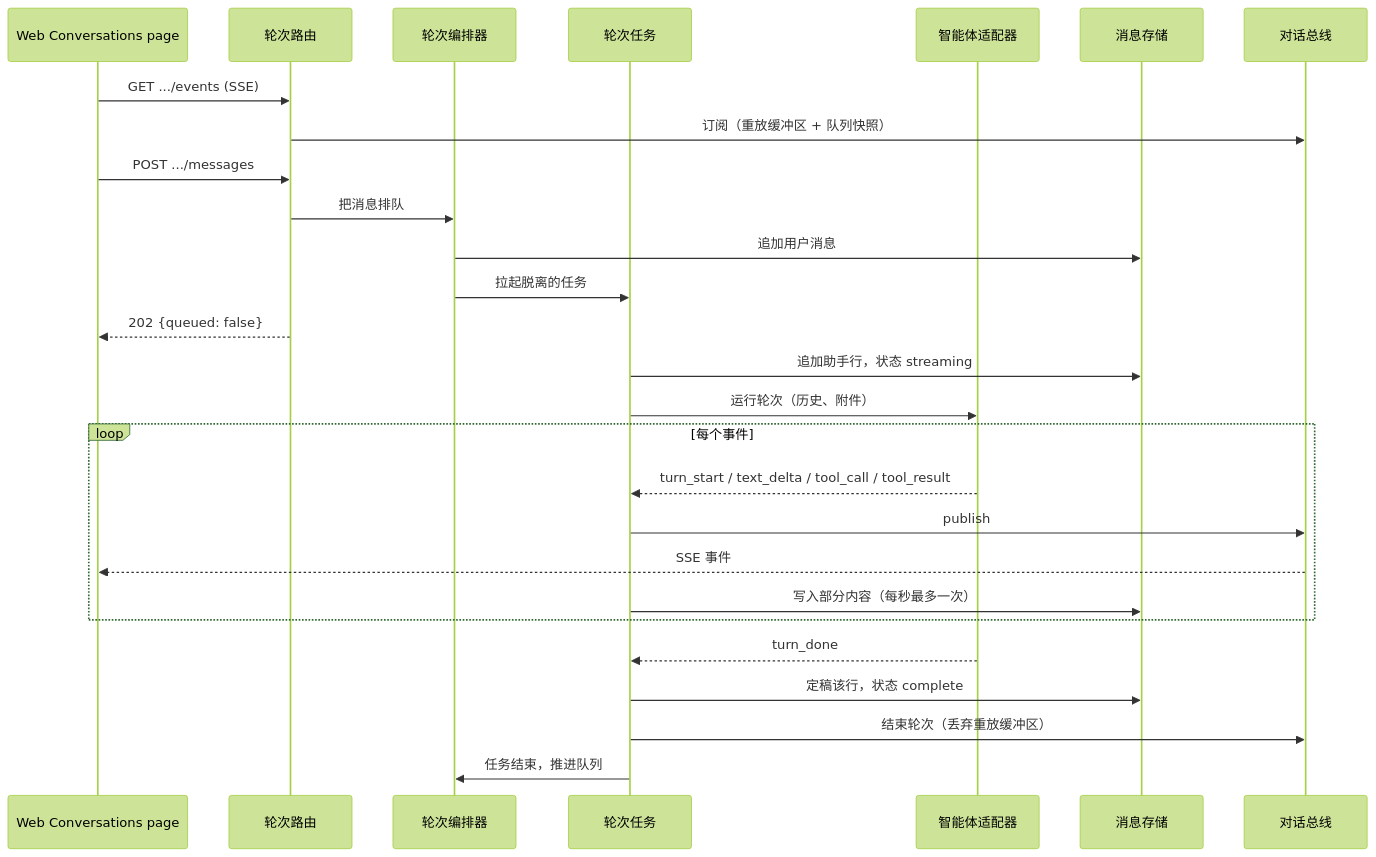
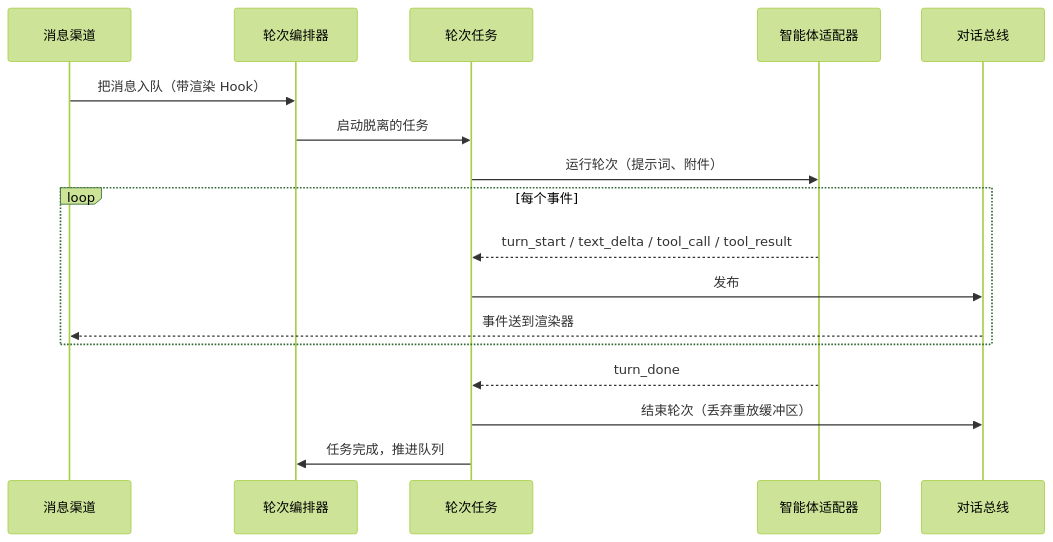
One commit to wyx-sg/Coffer changed the first of 3 diagrams in docs-site/zh/architecture/chat.md. Above: the diagram before and after it, drawn with Mermaid (forest theme). The commit also changed other lines of this file and 59 other files, not shown here.

````diff
--- a/docs-site/zh/architecture/chat.md
+++ b/docs-site/zh/architecture/chat.md
@@ -92,30 +93,20 @@
 ```mermaid
 sequenceDiagram
-    participant UI as Web Conversations page
-    participant API as 轮次路由
+    participant CH as 消息渠道
     participant O as 轮次编排器
     participant R as 轮次任务
     participant A as 智能体适配器
-    participant DB as 消息存储
     participant Bus as 对话总线
 
-    UI->>API: GET .../events (SSE)
-    API->>Bus: 订阅（重放缓冲区 + 队列快照）
-    UI->>API: POST .../messages
-    API->>O: 把消息排队
-    O->>DB: 追加用户消息
-    O->>R: 拉起脱离的任务
-    API-->>UI: 202 {queued: false}
-    R->>DB: 追加助手行，状态 streaming
-    R->>A: 运行轮次（历史、附件）
+    CH->>O: 把消息入队（带渲染 Hook）
+    O->>R: 启动脱离的任务
+    R->>A: 运行轮次（提示词、附件）
     loop 每个事件
         A-->>R: turn_start / text_delta / tool_call / tool_result
-        R->>Bus: publish
-        Bus-->>UI: SSE 事件
-        R->>DB: 写入部分内容（每秒最多一次）
+        R->>Bus: 发布
+        Bus-->>CH: 事件送到渲染器
     end
     A-->>R: turn_done
-    R->>DB: 定稿该行，状态 complete
     R->>Bus: 结束轮次（丢弃重放缓冲区）
-    R->>O: 任务结束，推进队列
+    R->>O: 任务完成，推进队列
 ```
````
